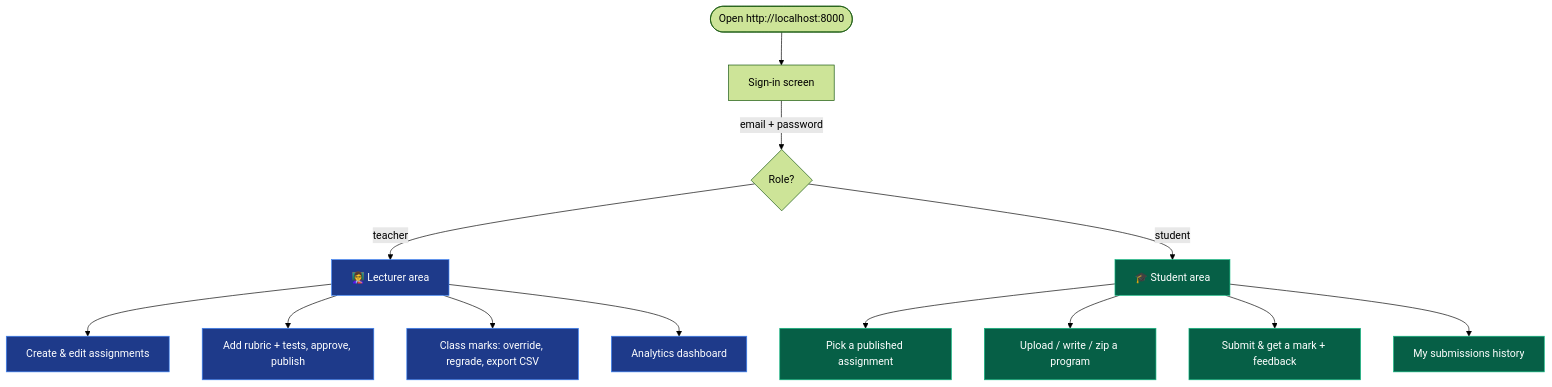
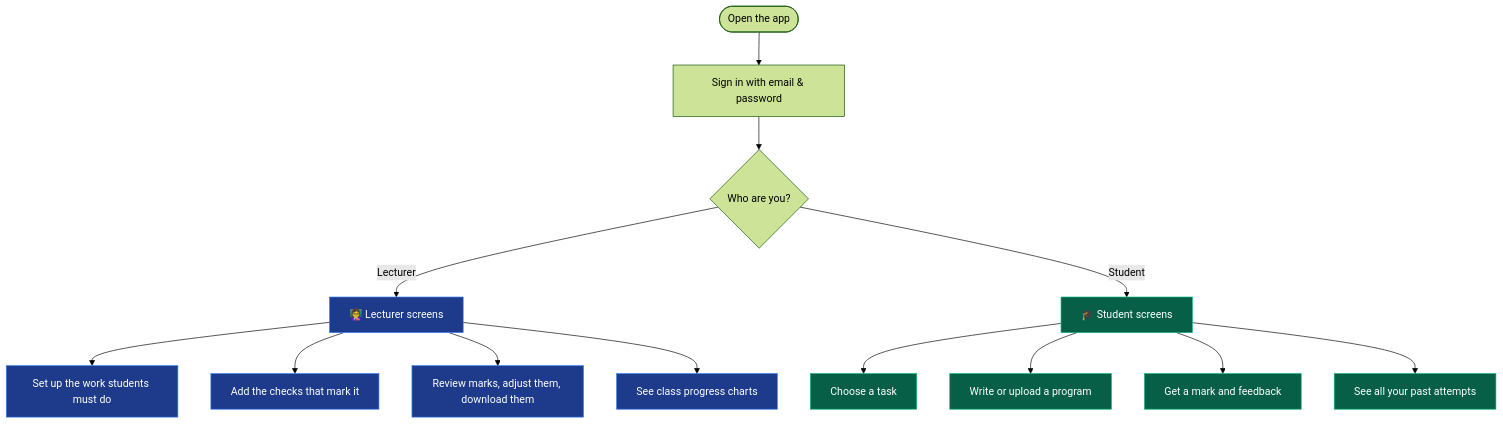
One commit to Jabulani00/AUTOMARK changed the first of 8 diagrams in FLOW.md. Above: the diagram before and after it, drawn with Mermaid (forest theme). The commit also changed other lines of this file, not shown here.

Commit message:
new flow

````diff
--- a/FLOW.md
+++ b/FLOW.md
@@ -18,22 +23,22 @@
 ```mermaid
 flowchart TD
-    A(["Open http://localhost:8000"]) --> B[Sign-in screen]
-    B -->|email + password| C{Role?}
-    C -->|teacher| T[👩‍🏫 Lecturer area]
-    C -->|student| S[🎓 Student area]
+    A(["Open the app"]) --> B[Sign in with email &amp; password]
+    B --> C{Who are you?}
+    C -->|Lecturer| T[👩‍🏫 Lecturer screens]
+    C -->|Student| S[🎓 Student screens]
 
-    T --> T1[Create &amp; edit assignments]
-    T --> T2[Add rubric + tests, approve, publish]
-    T --> T3[Class marks: override, regrade, export CSV]
-    T --> T4[Analytics dashboard]
+    T --> T1[Set up the work students must do]
+    T --> T2[Add the checks that mark it]
+    T --> T3[Review marks, adjust them, download them]
+    T --> T4[See class progress charts]
 
-    S --> S1[Pick a published assignment]
-    S --> S2[Upload / write / zip a program]
-    S --> S3[Submit &amp; get a mark + feedback]
-    S --> S4[My submissions history]
+    S --> S1[Choose a task]
+    S --> S2[Write or upload a program]
+    S --> S3[Get a mark and feedback]
+    S --> S4[See all your past attempts]
 
     classDef t fill:#1e3a8a,stroke:#3b82f6,color:#fff
     classDef s fill:#065f46,stroke:#10b981,color:#fff
     class T,T1,T2,T3,T4 t
     class S,S1,S2,S3,S4 s
 ```
````
